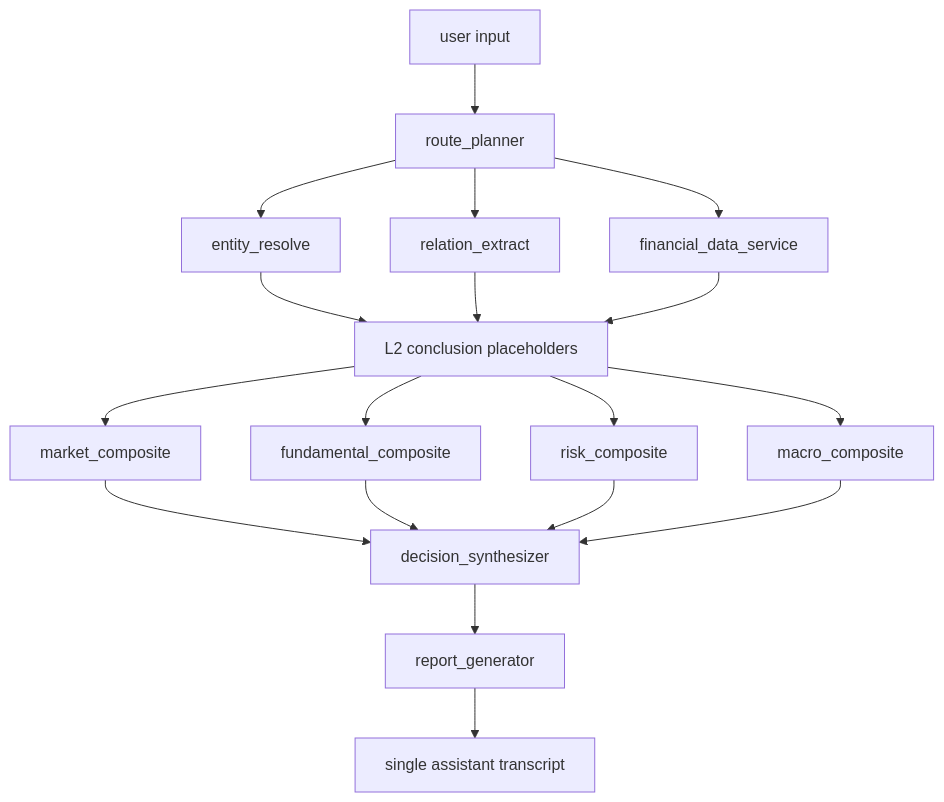
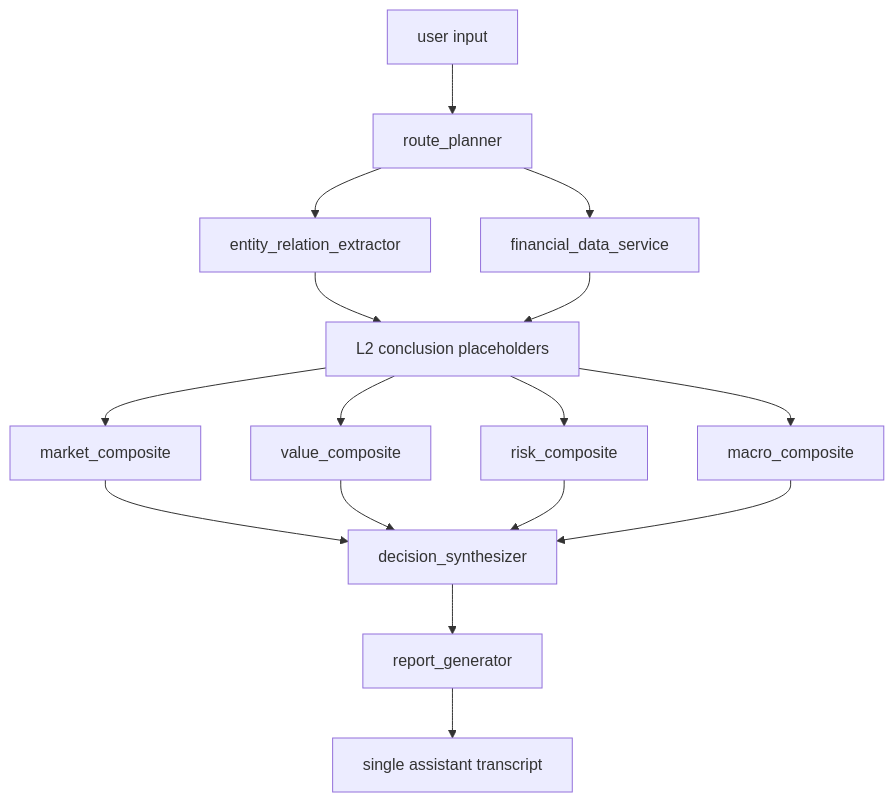
Before and after one commit to leephenix565/langgraph-my-agent: the diagram in docs/ARCHITECTURE_FIXED_DAG.md, drawn with Mermaid. The commit also changed other lines of this file and 14 other files, not shown here.

````diff
--- a/docs/ARCHITECTURE_FIXED_DAG.md
+++ b/docs/ARCHITECTURE_FIXED_DAG.md
@@ -8,20 +8,18 @@
 ```mermaid
 flowchart TD
     A["user input"] --> B["route_planner"]
-    B --> C["entity_resolve"]
-    B --> D["relation_extract"]
+    B --> C["entity_relation_extractor"]
     B --> E["financial_data_service"]
     C --> F["L2 conclusion placeholders"]
-    D --> F
     E --> F
     F --> G["market_composite"]
-    F --> H["fundamental_composite"]
+    F --> H["value_composite"]
     F --> I["risk_composite"]
     F --> J["macro_composite"]
     G --> K["decision_synthesizer"]
     H --> K
     I --> K
     J --> K
     K --> L["report_generator"]
     L --> M["single assistant transcript"]
 ```
````
